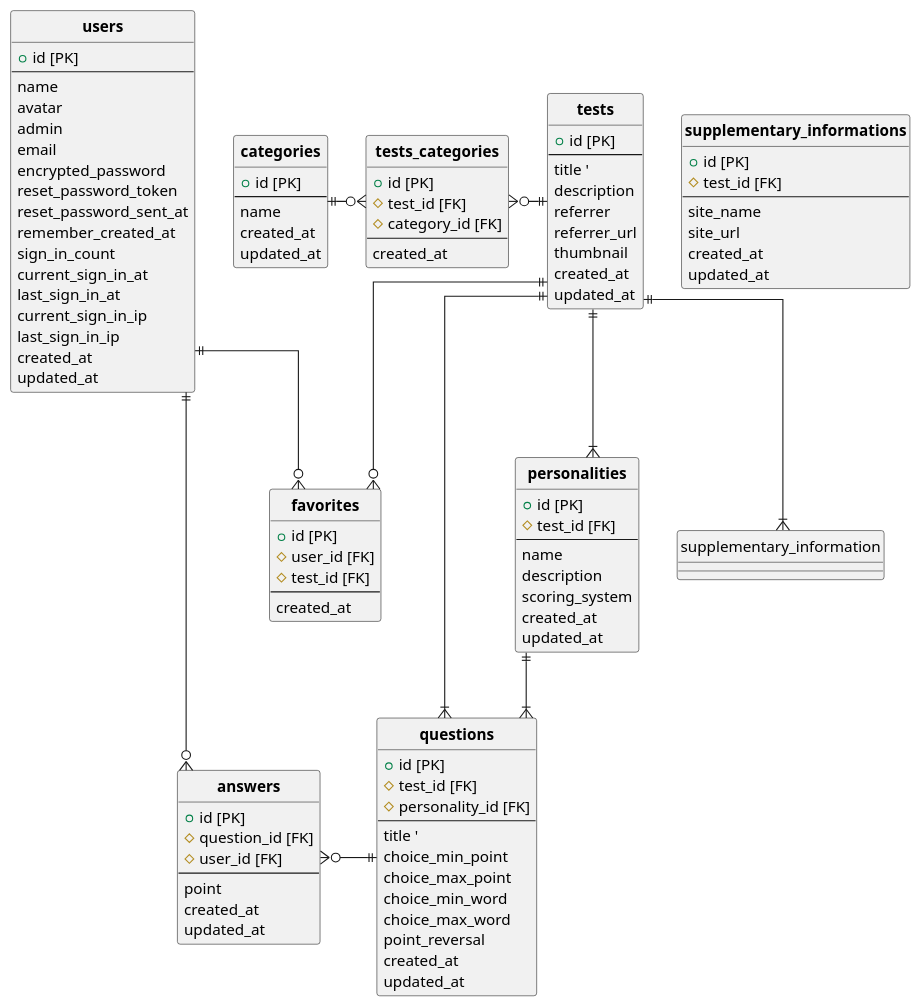
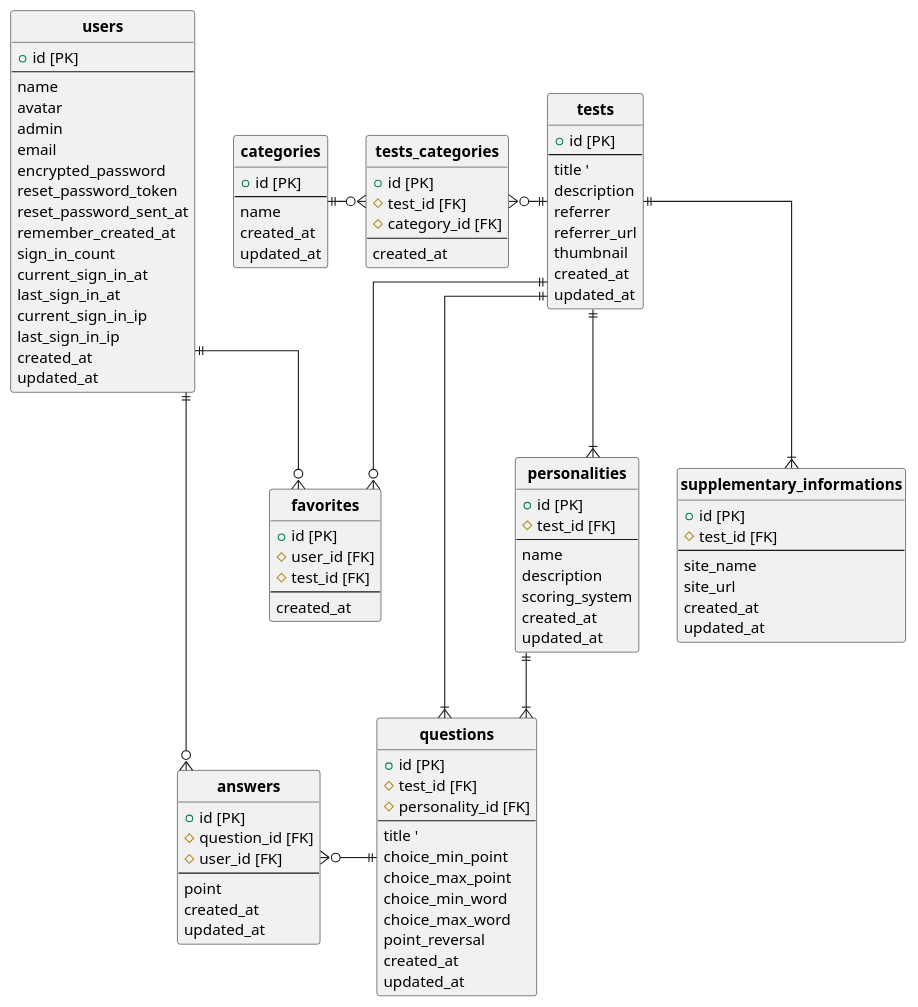
Before and after one commit to ymdarudy/psykarte: the diagram in docs/ER.pu, drawn with PlantUML. The commit also changed 1 other file, not shown here.

Commit message:
:books: ER図修正（supplementry_informationのアソシエーション修正）

```diff
--- a/docs/ER.pu
+++ b/docs/ER.pu
@@ -1,121 +1,121 @@
 @startuml yonde
 ' hide the spot
 hide circle
 
 ' avoid problems with angled crows feet
 skinparam linetype ortho
 
 entity "**users**" as users {
   + id [PK]
   --
   name
   avatar
   admin
   email
   encrypted_password
   reset_password_token
   reset_password_sent_at
   remember_created_at
   sign_in_count
   current_sign_in_at
   last_sign_in_at
   current_sign_in_ip
   last_sign_in_ip
   created_at
   updated_at
 }
 
 entity "**tests**" as tests {
   + id [PK]
   --
   title '
   description
   referrer
   referrer_url
   thumbnail
   created_at
   updated_at
 }
 
 entity "**personalities**" as personalities {
   + id [PK]
   # test_id [FK]
   --
   name
   description
   scoring_system
   created_at
   updated_at
 }
 
 entity "**questions**" as questions {
   + id [PK]
   # test_id [FK]
   # personality_id [FK]
   --
   title '
   choice_min_point
   choice_max_point
   choice_min_word
   choice_max_word
   point_reversal
   created_at
   updated_at
 }
 
 entity "**answers**" as answers {
   + id [PK]
   # question_id [FK]
   # user_id [FK]
   --
   point
   created_at
   updated_at
 }
 
 entity "**supplementary_informations**" as supplementary_informations {
   + id [PK]
   # test_id [FK]
   --
   site_name
   site_url
   created_at
   updated_at
 }
 
 entity "**favorites**" as favorites {
   + id [PK]
   # user_id [FK]
   # test_id [FK]
   --
   created_at
 }
 
 entity "**categories**" as categories {
   + id [PK]
   --
   name
   created_at
   updated_at
 }
 
 entity "**tests_categories**" as tests_categories {
   + id [PK]
   # test_id [FK]
   # category_id [FK]
   --
   created_at
 }
 
-tests ||--|{ supplementary_information
+tests ||--|{ supplementary_informations
 tests ||--|{ personalities
 tests ||-d-|{ questions
 tests ||--o{ favorites
 tests ||-l-o{ tests_categories
 categories ||-r-o{ tests_categories
 users ||-d-o{ answers
 users ||-d-o{ favorites
 questions ||-l-o{ answers
 personalities ||--|{ questions
 
 @enduml
```
